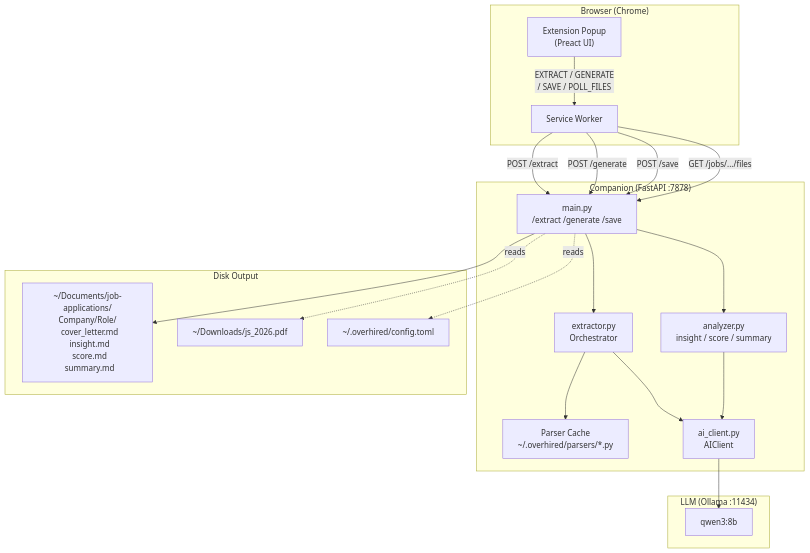
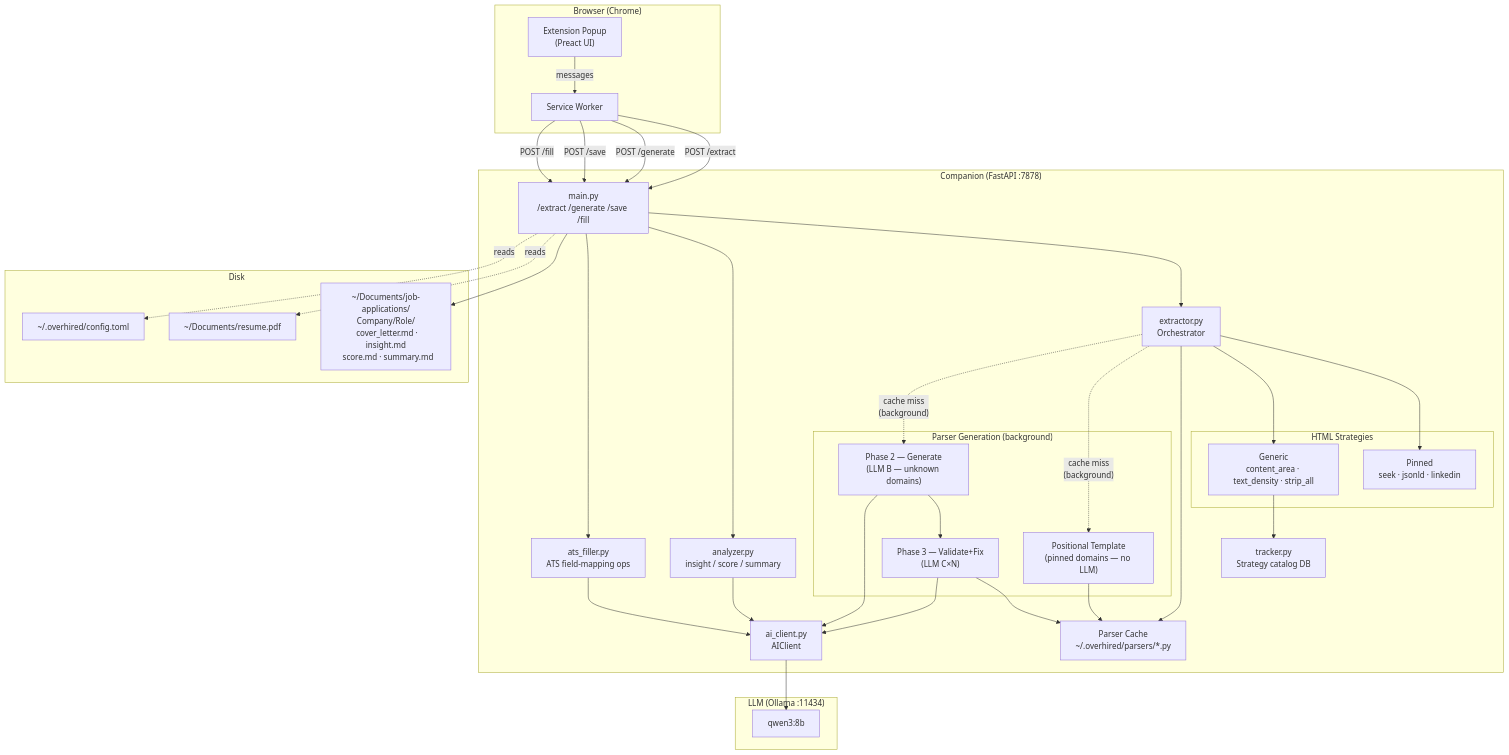
One commit to jwongso/overhired changed the first of 4 diagrams in README.md. Above: the diagram before and after it, drawn with Mermaid. The commit also changed other lines of this file, not shown here.

First line of the commit message:
docs: update README and Mermaid diagrams for current architecture

````diff
--- a/README.md
+++ b/README.md
@@ -91,40 +118,65 @@
 ```mermaid
 graph TB
     subgraph Browser["Browser (Chrome)"]
         EXT["Extension Popup\n(Preact UI)"]
         SW["Service Worker"]
     end
 
     subgraph Companion["Companion (FastAPI :7878)"]
-        API["main.py\n/extract /generate /save"]
+        API["main.py\n/extract /generate /save /fill"]
         EXT_MOD["extractor.py\nOrchestrator"]
+
+        subgraph Strategies["HTML Strategies"]
+            PIN["Pinned\nseek · jsonld · linkedin"]
+            GEN["Generic\ncontent_area · text_density · strip_all"]
+        end
+
+        subgraph ParserGen["Parser Generation (background)"]
+            TMPL["Positional Template\n(pinned domains — no LLM)"]
+            P2["Phase 2 — Generate\n(LLM B — unknown domains)"]
+            P3["Phase 3 — Validate+Fix\n(LLM C×N)"]
+        end
+
         CACHE["Parser Cache\n~/.overhired/parsers/*.py"]
+        TRACKER["tracker.py\nStrategy catalog DB"]
         AI_CLI["ai_client.py\nAIClient"]
         ANA["analyzer.py\ninsight / score / summary"]
+        ATS["ats_filler.py\nATS field-mapping ops"]
     end
 
     subgraph LLM["LLM (Ollama :11434)"]
         MODEL["qwen3:8b"]
     end
 
-    subgraph Disk["Disk Output"]
-        OUT["~/Documents/job-applications/\nCompany/Role/\n  cover_letter.md\n  insight.md\n  score.md\n  summary.md"]
-        RESUME["~/Downloads/js_2026.pdf"]
+    subgraph Disk["Disk"]
+        OUT["~/Documents/job-applications/\nCompany/Role/\n  cover_letter.md · insight.md\n  score.md · summary.md"]
+        RESUME["~/Documents/resume.pdf"]
         CONFIG["~/.overhired/config.toml"]
     end
 
-    EXT -->|"EXTRACT / GENERATE\n/ SAVE / POLL_FILES"| SW
+    EXT -->|"messages"| SW
     SW -->|"POST /extract"| API
     SW -->|"POST /generate"| API
     SW -->|"POST /save"| API
-    SW -->|"GET /jobs/.../files"| API
+    SW -->|"POST /fill"| API
     API --> EXT_MOD
+    EXT_MOD --> PIN
+    EXT_MOD --> GEN
+    GEN --> TRACKER
     EXT_MOD --> CACHE
-    EXT_MOD --> AI_CLI
+    EXT_MOD -.->|"cache miss\n(background)"| TMPL
+    EXT_MOD -.->|"cache miss\n(background)"| P2
+    P2 --> P3
+    TMPL --> CACHE
+    P3 --> CACHE
+    P2 --> AI_CLI
+    P3 --> AI_CLI
     AI_CLI --> MODEL
     API --> ANA
     ANA --> AI_CLI
+    API --> ATS
+    ATS --> AI_CLI
     API --> OUT
     API -.->|reads| RESUME
     API -.->|reads| CONFIG
 ```
````
